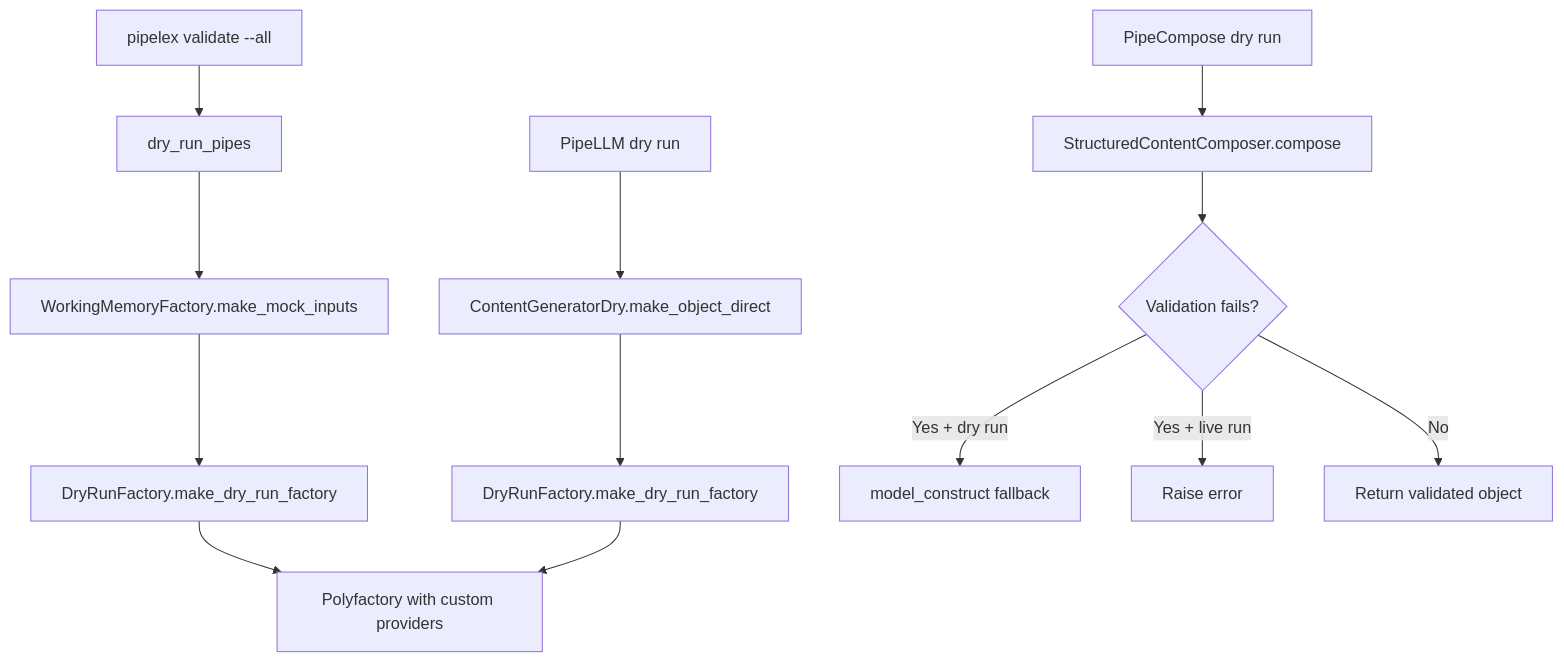
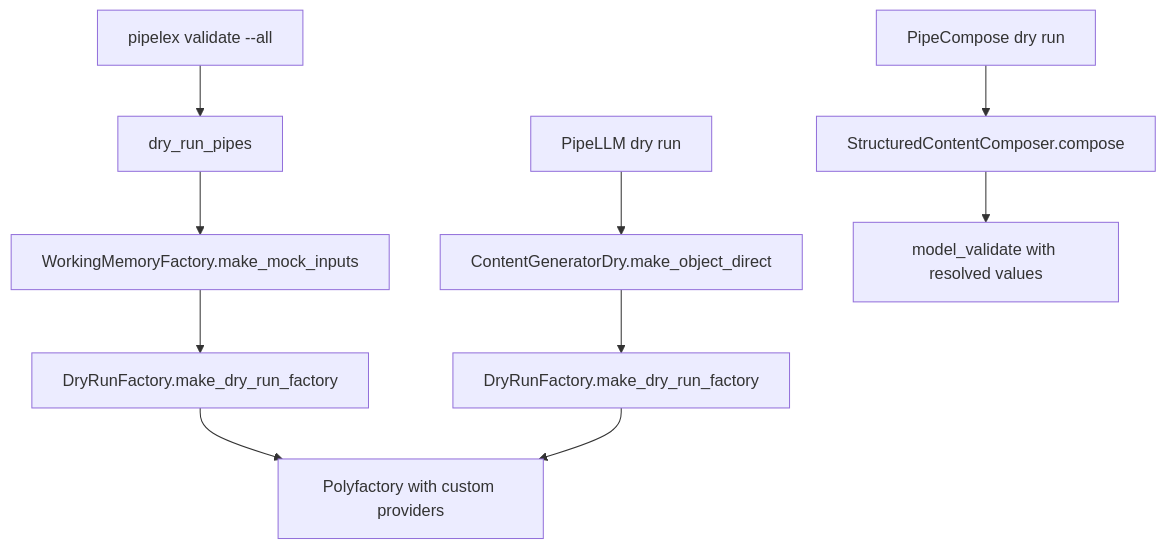
The diagram in docs/under-the-hood/dry-run-mock-generation.md (Pipelex/pipelex), drawn with Mermaid before and after one commit. The commit also changed other lines of this file, not shown here.

First line of the commit message:
Fix dry run mock generation docs to reflect actual implementation

````diff
--- a/docs/under-the-hood/dry-run-mock-generation.md
+++ b/docs/under-the-hood/dry-run-mock-generation.md
@@ -33,17 +33,14 @@
 ```mermaid
 flowchart TD
     A[pipelex validate --all] --> B[dry_run_pipes]
     B --> C[WorkingMemoryFactory.make_mock_inputs]
     C --> D[DryRunFactory.make_dry_run_factory]
     D --> E[Polyfactory with custom providers]
 
     F[PipeLLM dry run] --> G[ContentGeneratorDry.make_object_direct]
     G --> H[DryRunFactory.make_dry_run_factory]
     H --> E
 
     I[PipeCompose dry run] --> J[StructuredContentComposer.compose]
-    J --> K{Validation fails?}
-    K -->|Yes + dry run| L[model_construct fallback]
-    K -->|Yes + live run| M[Raise error]
-    K -->|No| N[Return validated object]
+    J --> K[model_validate with resolved values]
 ```
````
